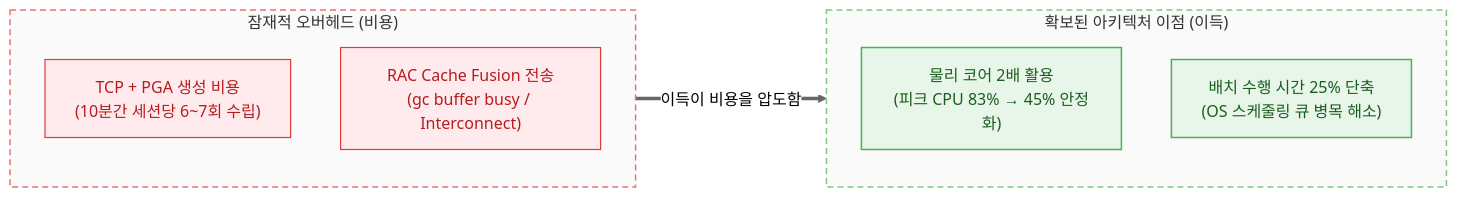
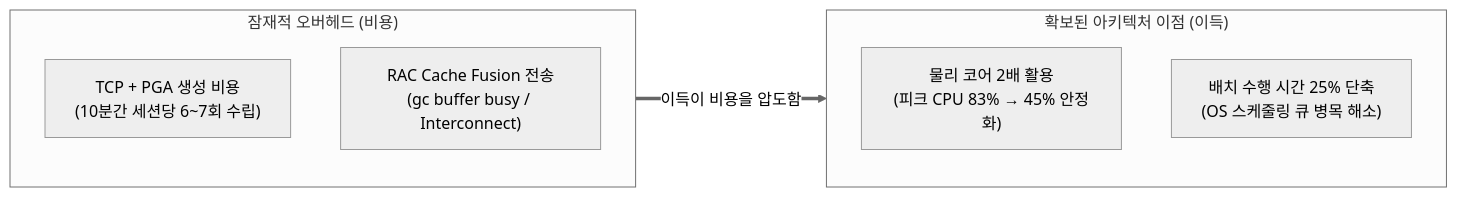
Before and after one commit to djpibo/djpibo.github.io: the third of 3 diagrams in docs/dbms/oracle/oracle-rac-hikaricp-affinity-and-maxlifetime.md, drawn with Mermaid (neutral theme). The commit also changed other lines of this file and 8 other files, not shown here.

Commit message:
style(mermaid): unify all diagrams to monochrome and remove colored rect boxes

````diff
--- a/docs/dbms/oracle/oracle-rac-hikaricp-affinity-and-maxlifetime.md
+++ b/docs/dbms/oracle/oracle-rac-hikaricp-affinity-and-maxlifetime.md
@@ -258,25 +239,19 @@
 ```mermaid
 flowchart LR
     subgraph Cost["잠재적 오버헤드 (비용)"]
         direction TB
         C_TCP["TCP + PGA 생성 비용<br/>(10분간 세션당 6~7회 수립)"]
         C_GC["RAC Cache Fusion 전송<br/>(gc buffer busy / Interconnect)"]
     end
 
     subgraph Benefit["확보된 아키텍처 이점 (이득)"]
         direction TB
         B_CPU["물리 코어 2배 활용<br/>(피크 CPU 83% → 45% 안정화)"]
         B_Time["배치 수행 시간 25% 단축<br/>(OS 스케줄링 큐 병목 해소)"]
     end
 
     Cost ==>|"이득이 비용을 압도함"| Benefit
 
-    classDef costStyle fill:#FFEBEE,stroke:#E53935,stroke-width:1.2px,color:#B71C1C;
-    classDef benefitStyle fill:#E8F5E9,stroke:#4CAF50,stroke-width:1.5px,color:#1B5E20;
-
     class C_TCP,C_GC costStyle;
     class B_CPU,B_Time benefitStyle;
-
-    style Cost fill:#FAFAFA,stroke:#E57373,stroke-width:1.5px,stroke-dasharray: 6 4
-    style Benefit fill:#FAFAFA,stroke:#81C784,stroke-width:1.5px,stroke-dasharray: 6 4
 ```
````
